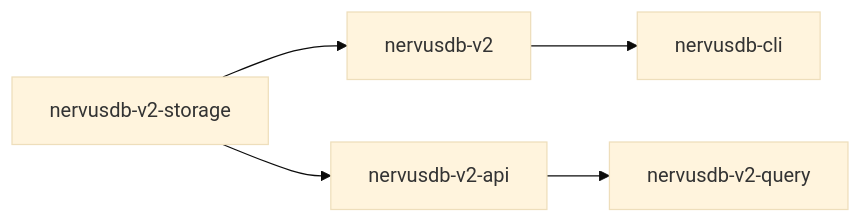
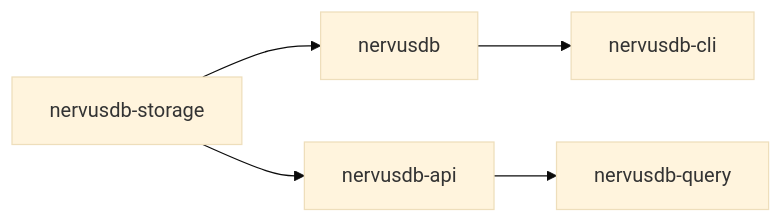
Before and after one commit to ysankpia/nervusdb: the diagram in docs/reference/project-structure.md, drawn with Mermaid (base theme). The commit also changed other lines of this file and 455 other files, not shown here.

````diff
--- a/docs/reference/project-structure.md
+++ b/docs/reference/project-structure.md
@@ -21,7 +21,7 @@
 ```mermaid
 graph LR
-    v2s[nervusdb-v2-storage] --> v2[nervusdb-v2]
-    v2s --> api[nervusdb-v2-api]
-    api --> q[nervusdb-v2-query]
+    v2s[nervusdb-storage] --> v2[nervusdb]
+    v2s --> api[nervusdb-api]
+    api --> q[nervusdb-query]
     v2 --> cli[nervusdb-cli]
 ```
````
